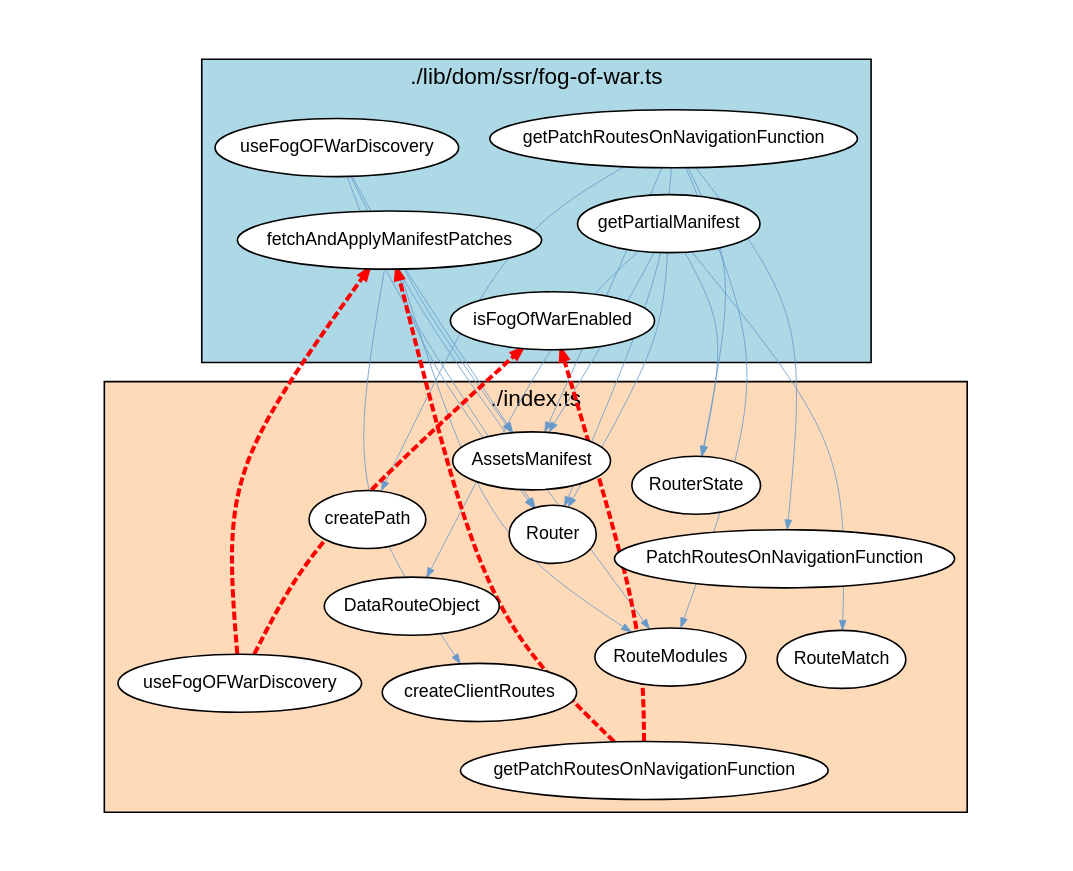
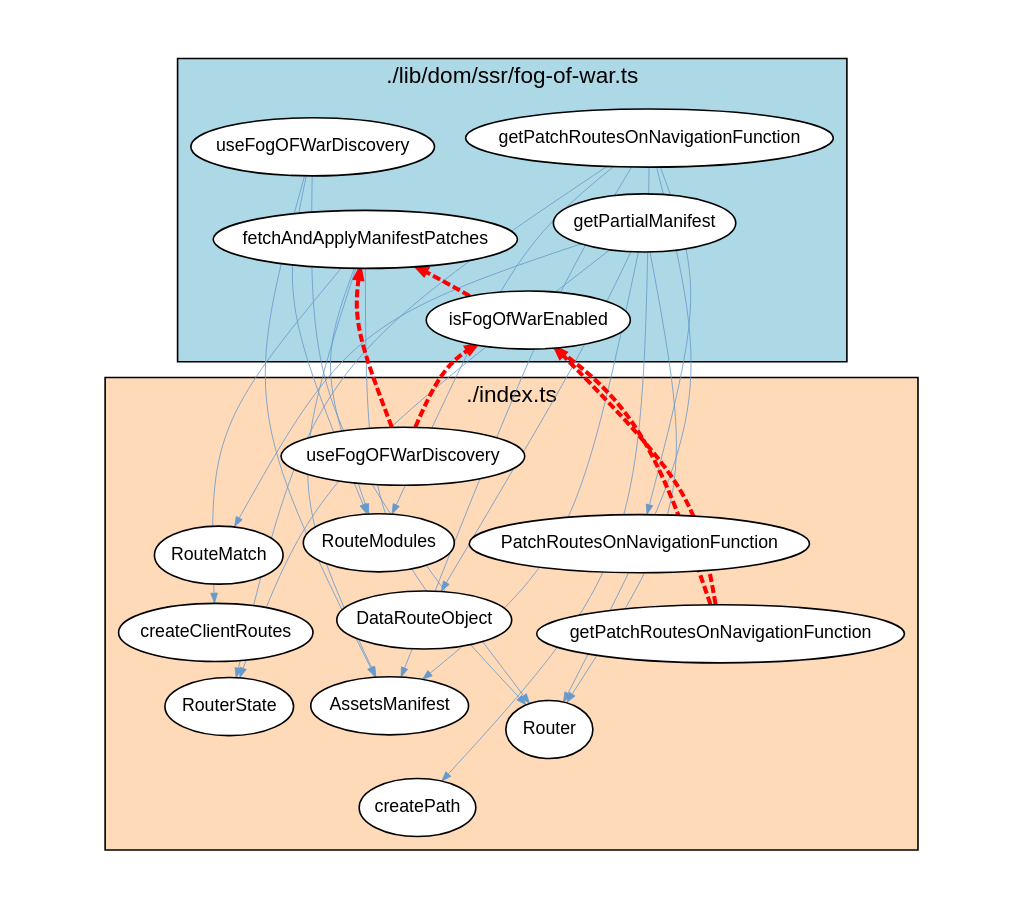
Before and after one commit to JohT/code-graph-analysis-examples: the diagram in analysis-results/react-router/react-router-7.18.1/cyclic-dependencies/Typescript_Module/Graph_Visualizations/graphviz/TypescriptModuleCyclicDependencies5.gv, drawn with Graphviz. The commit also changed other lines of this file and 517 other files, not shown here.

```diff
--- a/analysis-results/react-router/react-router-7.18.1/cyclic-dependencies/Typescript_Module/Graph_Visualizations/graphviz/TypescriptModuleCyclicDependencies5.gv
+++ b/analysis-results/react-router/react-router-7.18.1/cyclic-dependencies/Typescript_Module/Graph_Visualizations/graphviz/TypescriptModuleCyclicDependencies5.gv
@@ -1,58 +1,58 @@
 strict digraph cycle {
     graph [layout = "fdp"; start = "7"; splines = "curved"; pad = "0.8,0.4"; outputorder = "edgesfirst";];
     graph [fontname = "Helvetica,Arial,sans-serif"; labelloc = "t";];
     node [fontname = "Helvetica,Arial,sans-serif"; style = "filled"; fillcolor = "white";];
     node [fontsize = 11; margin = "0.05,0.05";];
     edge [fontsize = 9; arrowsize = "0.6";];
 
     subgraph cluster_package {
         label="./lib/dom/ssr/fog-of-war.ts";
         style="filled";
         fillcolor="lightblue";
         "fetchAndApplyManifestPatches";
         "getPartialManifest";
         "getPatchRoutesOnNavigationFunction_pkg" [label="getPatchRoutesOnNavigationFunction"];
         "useFogOFWarDiscovery_pkg" [label="useFogOFWarDiscovery"];
         "isFogOfWarEnabled";
     }
 
     subgraph cluster_dependent {
         label="./index.ts";
         style="filled";
         fillcolor="peachpuff";
+        "AssetsManifest";
         "RouterState";
-        "AssetsManifest";
         "PatchRoutesOnNavigationFunction";
         "DataRouteObject";
         "getPatchRoutesOnNavigationFunction_dep" [label="getPatchRoutesOnNavigationFunction"];
         "useFogOFWarDiscovery_dep" [label="useFogOFWarDiscovery"];
         "RouteModules";
         "Router";
         "RouteMatch";
         "createPath";
         "createClientRoutes";
     }
 
     "getPatchRoutesOnNavigationFunction_pkg" -> "Router" [color="#6699CC"; penwidth="0.5"];
     "fetchAndApplyManifestPatches" -> "Router" [color="#6699CC"; penwidth="0.5"];
+    "fetchAndApplyManifestPatches" -> "AssetsManifest" [color="#6699CC"; penwidth="0.5"];
     "getPatchRoutesOnNavigationFunction_pkg" -> "AssetsManifest" [color="#6699CC"; penwidth="0.5"];
-    "fetchAndApplyManifestPatches" -> "AssetsManifest" [color="#6699CC"; penwidth="0.5"];
     "getPatchRoutesOnNavigationFunction_pkg" -> "RouteModules" [color="#6699CC"; penwidth="0.5"];
     "fetchAndApplyManifestPatches" -> "RouteModules" [color="#6699CC"; penwidth="0.5"];
     "fetchAndApplyManifestPatches" -> "createClientRoutes" [color="#6699CC"; penwidth="0.5"];
     "getPartialManifest" -> "Router" [color="#6699CC"; penwidth="0.5"];
     "getPatchRoutesOnNavigationFunction_pkg" -> "createPath" [color="#6699CC"; penwidth="0.5"];
+    "useFogOFWarDiscovery_pkg" -> "RouteModules" [color="#6699CC"; penwidth="0.5"];
+    "getPartialManifest" -> "AssetsManifest" [color="#6699CC"; penwidth="0.5"];
+    "getPatchRoutesOnNavigationFunction_pkg" -> "RouterState" [color="#6699CC"; penwidth="0.5"];
     "getPartialManifest" -> "RouterState" [color="#6699CC"; penwidth="0.5"];
-    "getPatchRoutesOnNavigationFunction_pkg" -> "RouterState" [color="#6699CC"; penwidth="0.5"];
-    "getPartialManifest" -> "AssetsManifest" [color="#6699CC"; penwidth="0.5"];
-    "useFogOFWarDiscovery_pkg" -> "RouteModules" [color="#6699CC"; penwidth="0.5"];
     "getPatchRoutesOnNavigationFunction_pkg" -> "PatchRoutesOnNavigationFunction" [color="#6699CC"; penwidth="0.5"];
+    "getPartialManifest" -> "RouteMatch" [color="#6699CC"; penwidth="0.5"];
     "useFogOFWarDiscovery_pkg" -> "AssetsManifest" [color="#6699CC"; penwidth="0.5"];
-    "getPartialManifest" -> "RouteMatch" [color="#6699CC"; penwidth="0.5"];
     "getPartialManifest" -> "DataRouteObject" [color="#6699CC"; penwidth="0.5"];
     "useFogOFWarDiscovery_pkg" -> "Router" [color="#6699CC"; penwidth="0.5"];
     "getPatchRoutesOnNavigationFunction_dep" -> "isFogOfWarEnabled" [color="red"; penwidth="2.5"; style="dashed";];
     "useFogOFWarDiscovery_dep" -> "fetchAndApplyManifestPatches" [color="red"; penwidth="2.5"; style="dashed";];
     "useFogOFWarDiscovery_dep" -> "isFogOfWarEnabled" [color="red"; penwidth="2.5"; style="dashed";];
     "getPatchRoutesOnNavigationFunction_dep" -> "fetchAndApplyManifestPatches" [color="red"; penwidth="2.5"; style="dashed";];
 }
```
